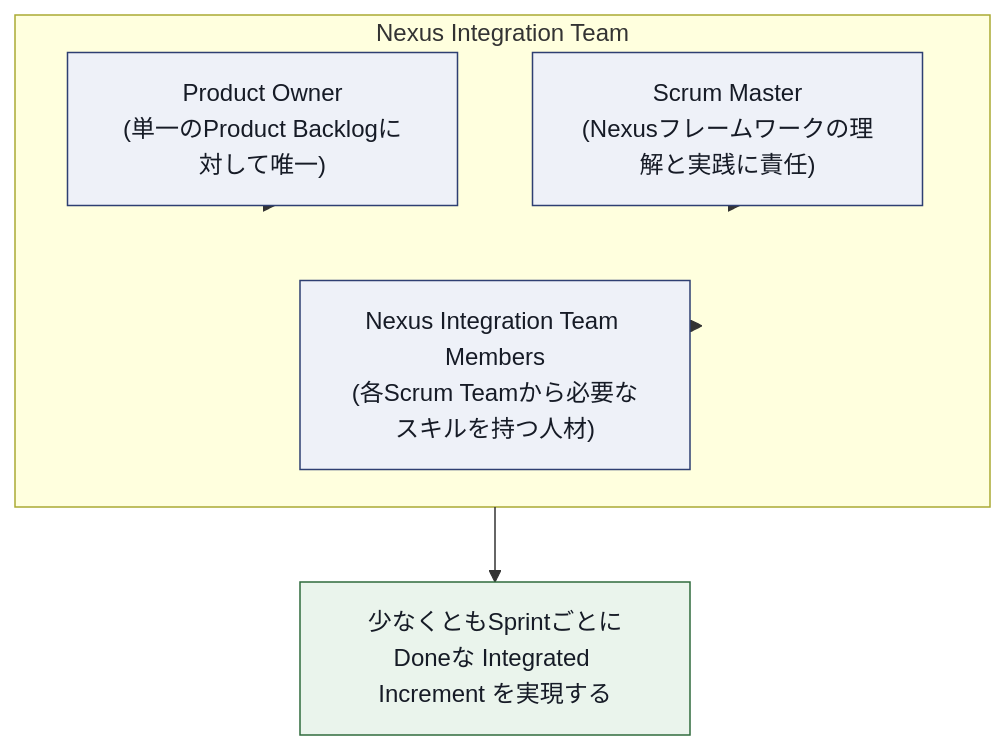
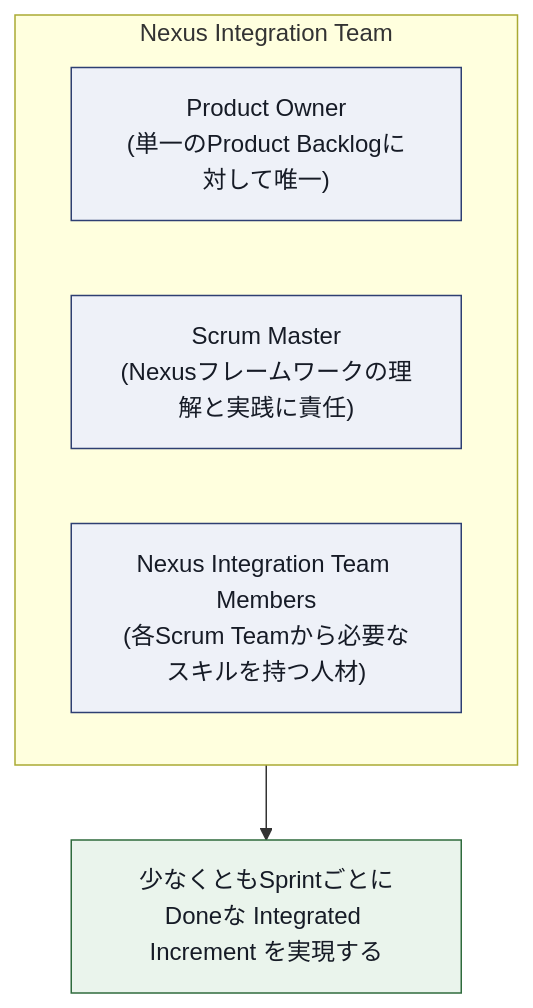
The fourth of 9 diagrams in Scaled-professional-scrum-guide.md (myoshi2891/Management-Team-Building-Studies), drawn with Mermaid before and after one commit. The commit also changed other lines of this file and 1 other file, not shown here.

Commit message:
docs(SPS): Nexus Daily Scrum の確認観点の出典表記とダイアグラム定義を調整

````diff
--- a/Scaled-professional-scrum-guide.md
+++ b/Scaled-professional-scrum-guide.md
@@ -173,19 +173,15 @@
 ```mermaid
 flowchart TB
     subgraph NIT["Nexus Integration Team"]
         PO["Product Owner<br/>(単一のProduct Backlogに対して唯一)"]
         SM["Scrum Master<br/>(Nexusフレームワークの理解と実践に責任)"]
         MEM["Nexus Integration Team Members<br/>(各Scrum Teamから必要なスキルを持つ人材)"]
     end
 
-    PO --> NIT
-    SM --> NIT
-    MEM --> NIT
-
     NIT --> Goal["少なくともSprintごとに<br/>Doneな Integrated Increment を実現する"]
 
     classDef role fill:#EEF1F8,stroke:#2E3F72,color:#161B26
     classDef goal fill:#EAF4EC,stroke:#2F6B3D,color:#161B26
     class PO,SM,MEM role
     class Goal goal
 ```
````
